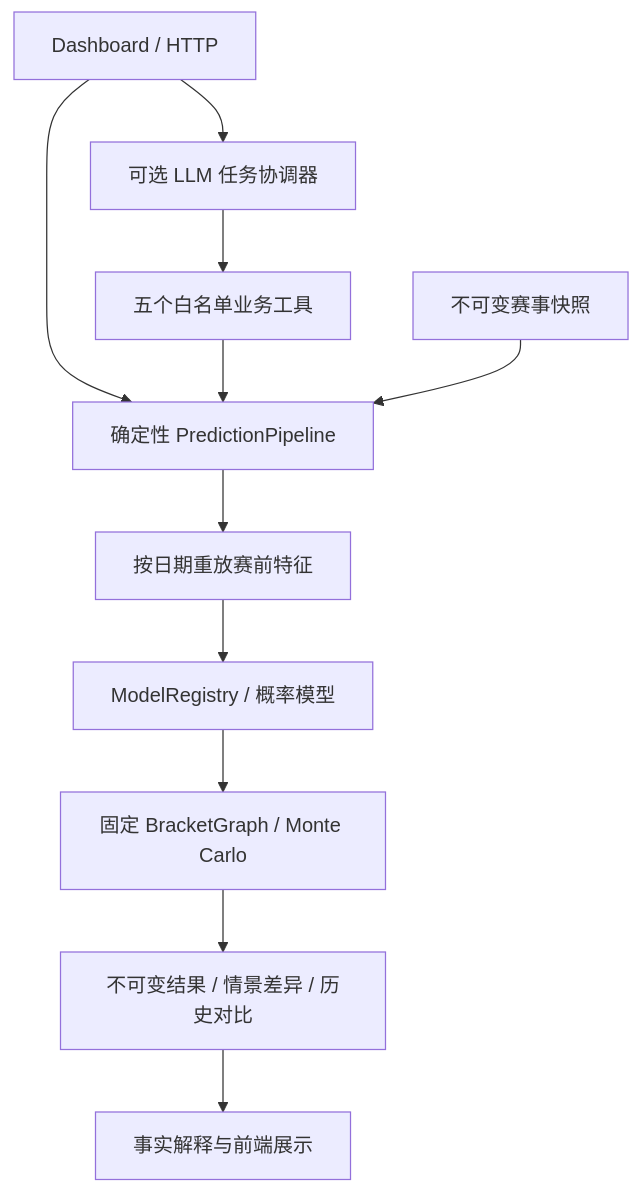
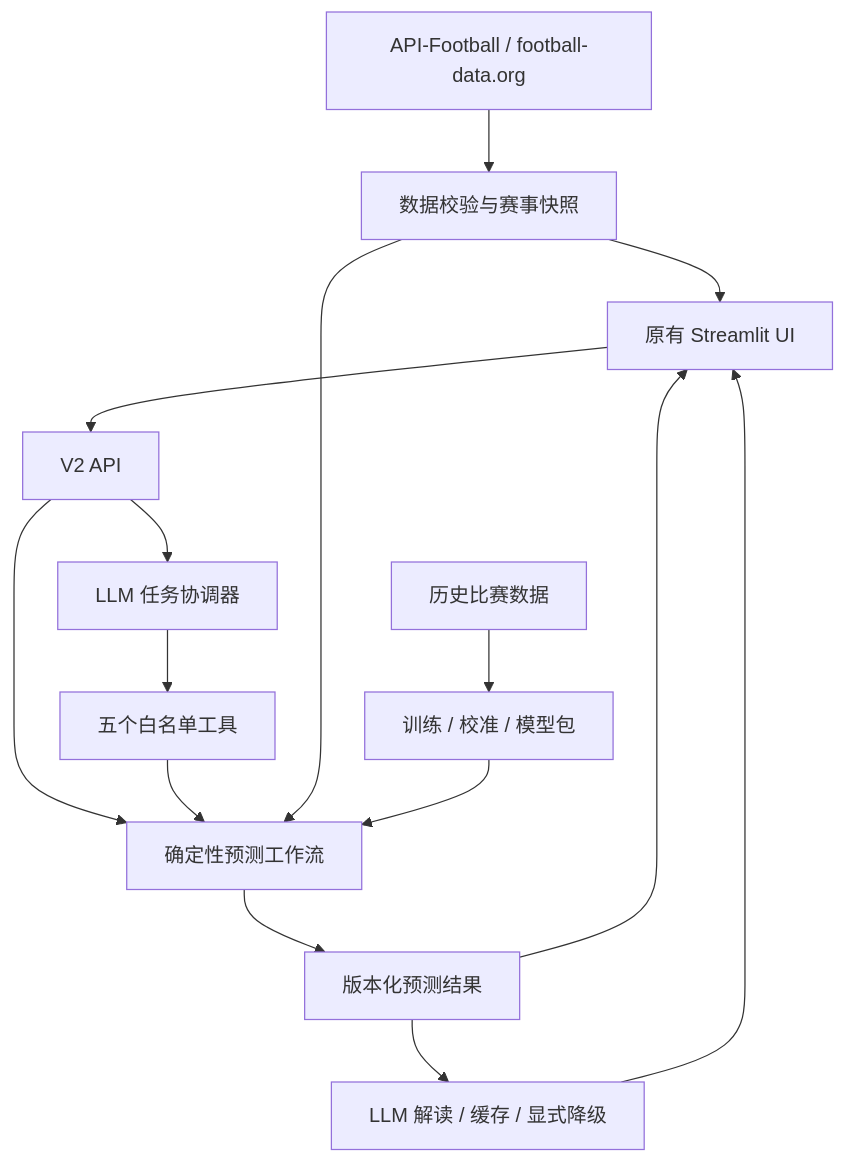
The diagram in README.md (leWLW-le/worldcup-prediction-agent), drawn with Mermaid before and after one commit. The commit also changed other lines of this file and 15 other files, not shown here.

````diff
--- a/README.md
+++ b/README.md
@@ -11,13 +67,17 @@
 ```mermaid
 flowchart TD
-    U[Dashboard / HTTP] --> C[可选 LLM 任务协调器]
-    C --> T[五个白名单业务工具]
-    U --> P[确定性 PredictionPipeline]
-    T --> P
-    S[不可变赛事快照] --> P
-    P --> F[按日期重放赛前特征]
-    F --> M[ModelRegistry / 概率模型]
-    M --> B[固定 BracketGraph / Monte Carlo]
-    B --> R[不可变结果 / 情景差异 / 历史对比]
-    R --> E[事实解释与前端展示]
+  UI[原有 Streamlit UI] --> API[V2 API]
+  API --> C[LLM 任务协调器]
+  C --> T[五个白名单工具]
+  API --> P[确定性预测工作流]
+  T --> P
+  D[API-Football / football-data.org] --> S[数据校验与赛事快照]
+  S --> P
+  H[历史比赛数据] --> M[训练 / 校准 / 模型包]
+  M --> P
+  P --> R[版本化预测结果]
+  R --> E[LLM 解读 / 缓存 / 显式降级]
+  R --> UI
+  E --> UI
+  S --> UI
 ```
````
